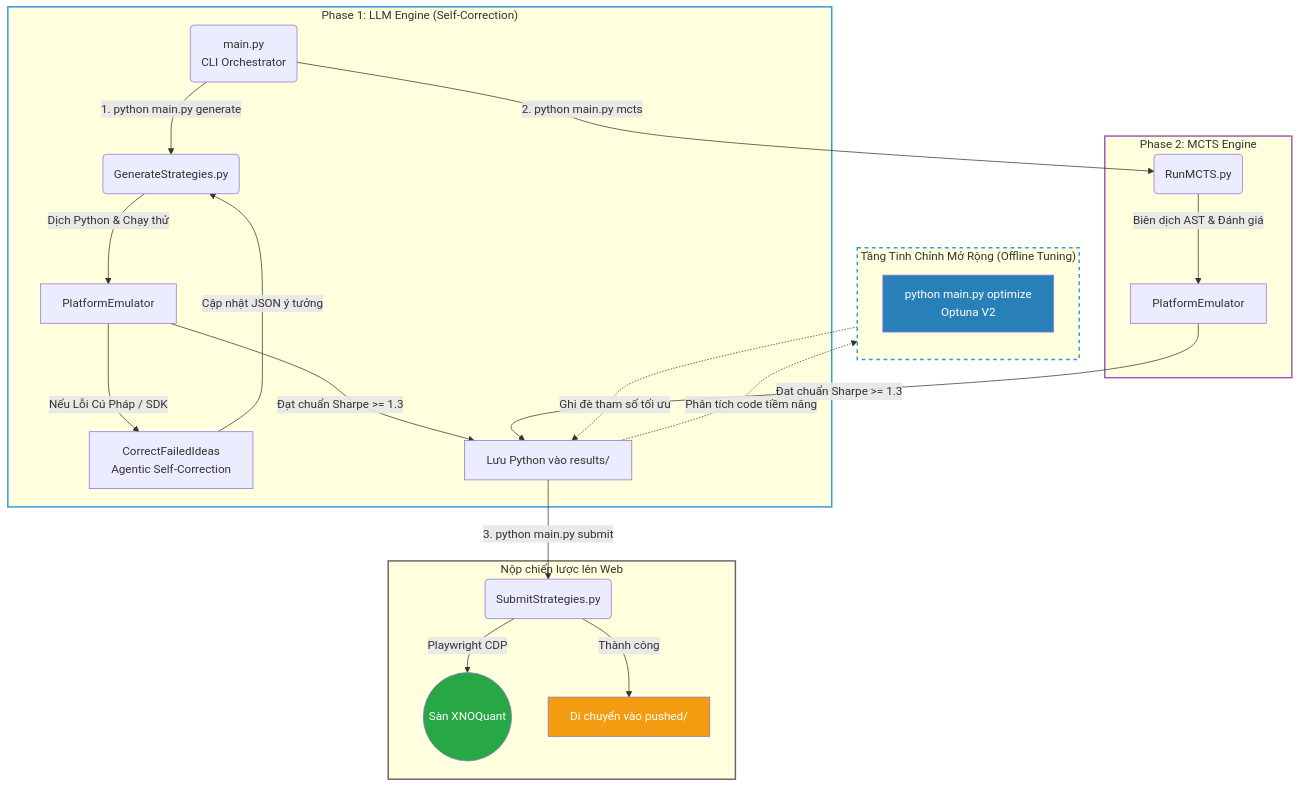
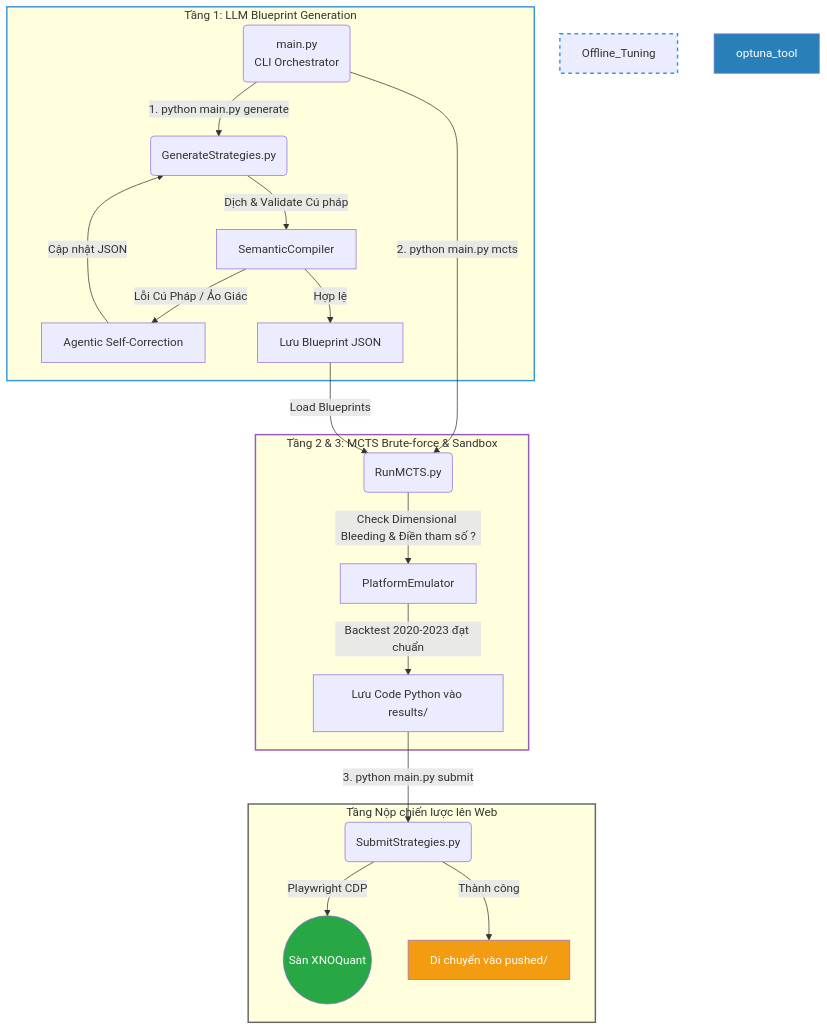
Before and after one commit to NguyenTrungAnh-ultra/alpha_farm: the diagram in README.md, drawn with Mermaid. The commit also changed other lines of this file and 343 other files, not shown here.

First line of the commit message:
refactor(mcts): unify compiler architecture and fix worker deadlocks

````diff
--- a/README.md
+++ b/README.md
@@ -9,39 +9,34 @@
 ```mermaid
 graph TD
     run_all(main.py<br>CLI Orchestrator)
     
-    subgraph LLM_Engine ["Phase 1: LLM Engine (Self-Correction)"]
+    subgraph LLM_Engine ["Tầng 1: LLM Blueprint Generation"]
         run_all -->|1. python main.py generate| pipeline(GenerateStrategies.py)
-        pipeline -->|Dịch Python & Chạy thử| sandbox_val[PlatformEmulator]
-        sandbox_val -->|Nếu Lỗi Cú Pháp / SDK| self_correct[CorrectFailedIdeas<br>Agentic Self-Correction]
-        self_correct -->|Cập nhật JSON ý tưởng| pipeline
-        sandbox_val -->|Đạt chuẩn Sharpe >= 1.3| save_success[Lưu Python vào results/]
+        pipeline -->|Dịch & Validate Cú pháp| semantic_val[SemanticCompiler]
+        semantic_val -->|Lỗi Cú Pháp / Ảo Giác| self_correct[Agentic Self-Correction]
+        self_correct -->|Cập nhật JSON| pipeline
+        semantic_val -->|Hợp lệ| save_json[Lưu Blueprint JSON]
     end
     
-    subgraph MCTS_Engine ["Phase 2: MCTS Engine"]
+    subgraph MCTS_Engine ["Tầng 2 & 3: MCTS Brute-force & Sandbox"]
         run_all -->|2. python main.py mcts| mcts(RunMCTS.py)
-        mcts -->|Biên dịch AST & Đánh giá| mcts_sandbox[PlatformEmulator]
-        mcts_sandbox -->|Đạt chuẩn Sharpe >= 1.3| save_success
+        save_json -->|Load Blueprints| mcts
+        mcts -->|Check Dimensional Bleeding & Điền tham số ?| mcts_sandbox[PlatformEmulator]
+        mcts_sandbox -->|Backtest 2020-2023 đạt chuẩn| save_success[Lưu Code Python vào results/]
     end
     
-    subgraph Offline_Tuning ["Tầng Tinh Chỉnh Mở Rộng (Offline Tuning)"]
-        direction TB
-        save_success -.->|Phân tích code tiềm năng| optuna_tool[python main.py optimize<br>Optuna V2]
-        optuna_tool -.->|Ghi đè tham số tối ưu| save_success
-    end
-
-    subgraph Web_Environment ["Nộp chiến lược lên Web"]
+    subgraph Web_Environment ["Tầng Nộp chiến lược lên Web"]
         auto_sub(SubmitStrategies.py)
         save_success -->|3. python main.py submit| auto_sub
         auto_sub -->|Playwright CDP| xno_web((Sàn XNOQuant))
         auto_sub -->|Thành công| pushed[Di chuyển vào pushed/]
     end
 
     style LLM_Engine stroke:#3498db,stroke-width:2px
     style MCTS_Engine stroke:#9b59b6,stroke-width:2px
     style Web_Environment stroke:#666,stroke-width:2px
     style Offline_Tuning stroke:#3498db,stroke-width:2px,stroke-dasharray: 5 5
     style xno_web fill:#28a745,color:#fff
     style pushed fill:#f39c12,color:#fff
     style optuna_tool fill:#2980b9,color:#fff
 ```
````
